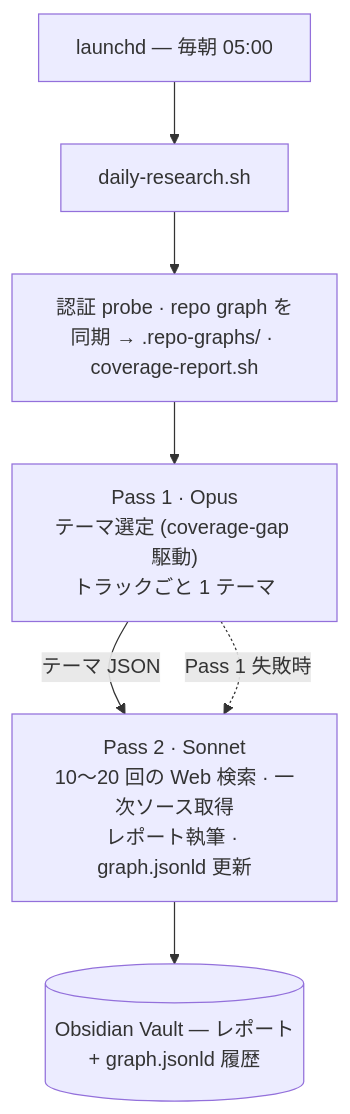
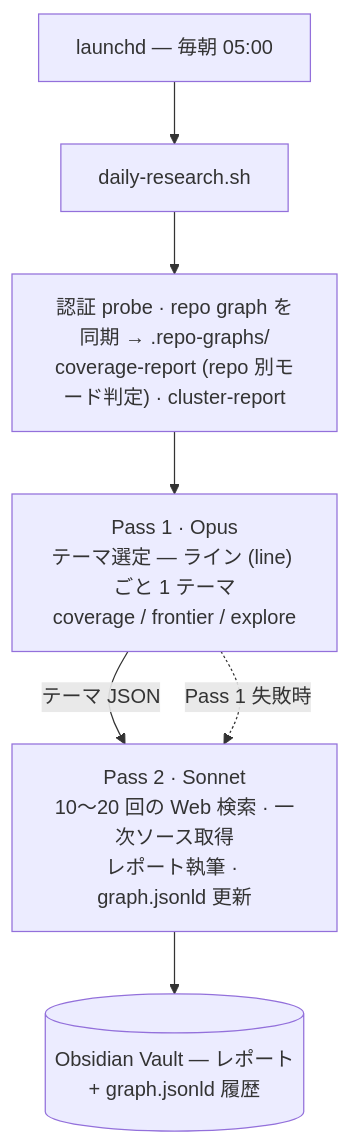
One commit to shimo4228/daily-research changed the diagram in README.ja.md. Above: the diagram before and after it, drawn with Mermaid. The commit also changed other lines of this file and 24 other files, not shown here.

````diff
--- a/README.ja.md
+++ b/README.ja.md
@@ -15,9 +15,9 @@
 ```mermaid
 flowchart TD
     cron["launchd — 毎朝 05:00"] --> orch["daily-research.sh"]
-    orch --> prep["認証 probe · repo graph を同期 → .repo-graphs/ · coverage-report.sh"]
-    prep --> p1["Pass 1 · Opus<br/>テーマ選定 (coverage-gap 駆動)<br/>トラックごと 1 テーマ"]
+    orch --> prep["認証 probe · repo graph を同期 → .repo-graphs/<br/>coverage-report (repo 別モード判定) · cluster-report"]
+    prep --> p1["Pass 1 · Opus<br/>テーマ選定 — ライン (line) ごと 1 テーマ<br/>coverage / frontier / explore"]
     p1 -->|テーマ JSON| p2["Pass 2 · Sonnet<br/>10〜20 回の Web 検索 · 一次ソース取得<br/>レポート執筆 · graph.jsonld 更新"]
     p1 -.->|Pass 1 失敗時| p2
     p2 --> out[("Obsidian Vault — レポート<br/>+ graph.jsonld 履歴")]
 ```
````
